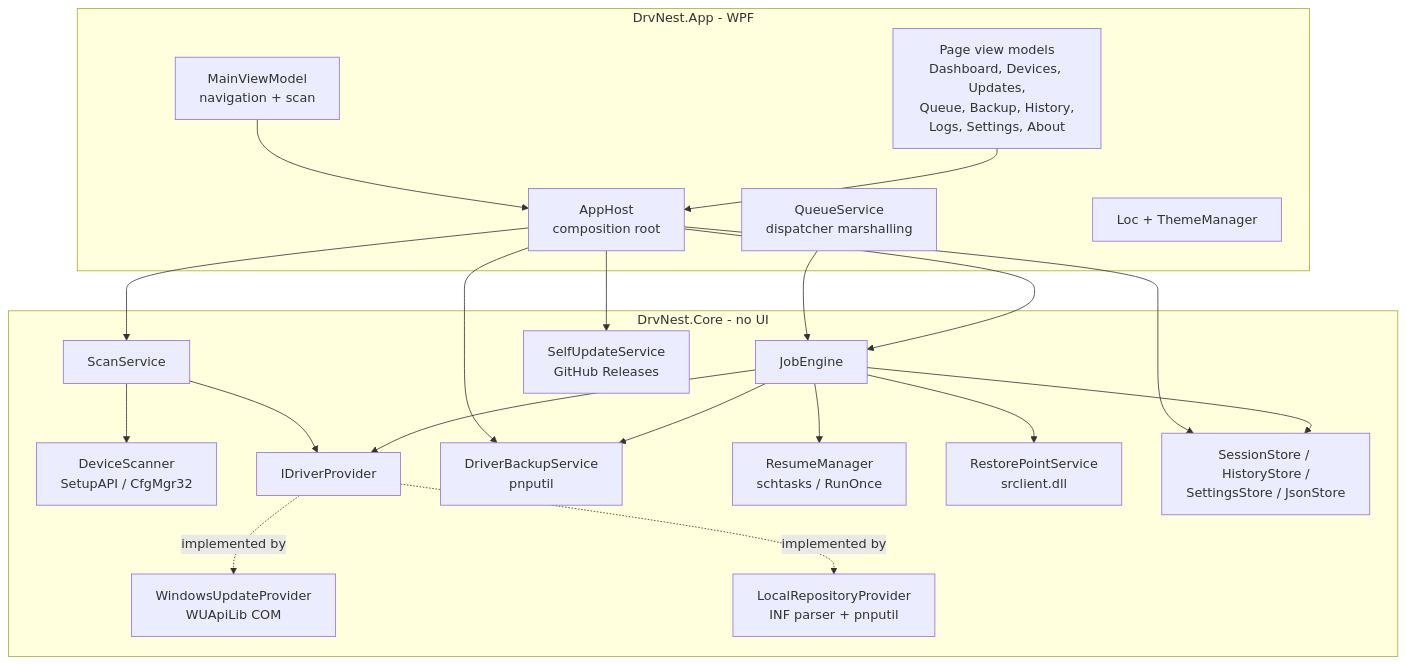
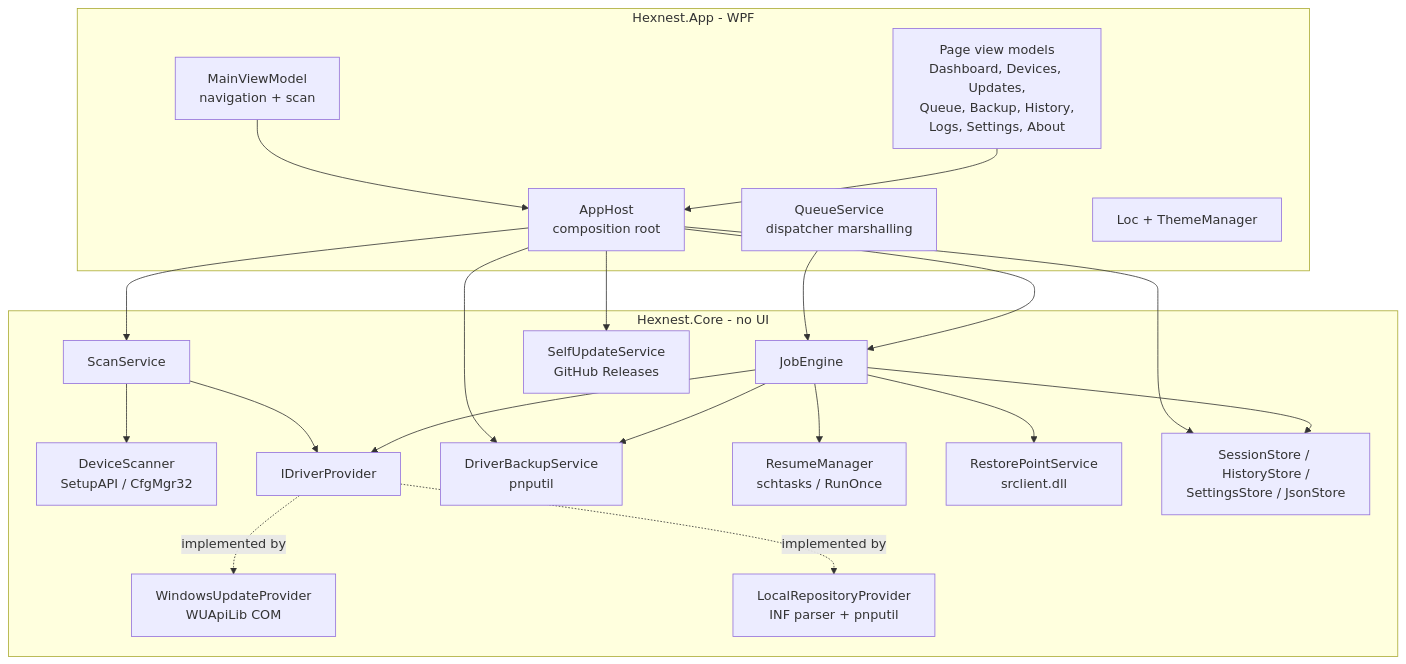
Before and after one commit to ahmetcaglayan/DrvNest: the first of 2 diagrams in docs/ARCHITECTURE.md, drawn with Mermaid. The commit also changed other lines of this file and 380 other files, not shown here.

````diff
--- a/docs/ARCHITECTURE.md
+++ b/docs/ARCHITECTURE.md
@@ -40,42 +55,42 @@
 ```mermaid
 flowchart TD
-    subgraph App["DrvNest.App - WPF"]
+    subgraph App["Hexnest.App - WPF"]
         MW["MainViewModel<br/>navigation + scan"]
         VMS["Page view models<br/>Dashboard, Devices, Updates,<br/>Queue, Backup, History,<br/>Logs, Settings, About"]
         QS["QueueService<br/>dispatcher marshalling"]
         AH["AppHost<br/>composition root"]
         LOC["Loc + ThemeManager"]
     end
 
-    subgraph Core["DrvNest.Core - no UI"]
+    subgraph Core["Hexnest.Core - no UI"]
         SS["ScanService"]
         DS["DeviceScanner<br/>SetupAPI / CfgMgr32"]
         JE["JobEngine"]
         IDP["IDriverProvider"]
         WU["WindowsUpdateProvider<br/>WUApiLib COM"]
         LR["LocalRepositoryProvider<br/>INF parser + pnputil"]
         BK["DriverBackupService<br/>pnputil"]
         RM["ResumeManager<br/>schtasks / RunOnce"]
         RP["RestorePointService<br/>srclient.dll"]
         PS["SessionStore / HistoryStore /<br/>SettingsStore / JsonStore"]
         SU["SelfUpdateService<br/>GitHub Releases"]
     end
 
     MW --> AH
     VMS --> AH
     QS --> JE
     AH --> SS
     AH --> JE
     AH --> BK
     AH --> SU
     AH --> PS
     SS --> DS
     SS --> IDP
     JE --> IDP
     JE --> PS
     JE --> RM
     JE --> RP
     JE --> BK
     IDP -.implemented by.-> WU
     IDP -.implemented by.-> LR
 ```
````
